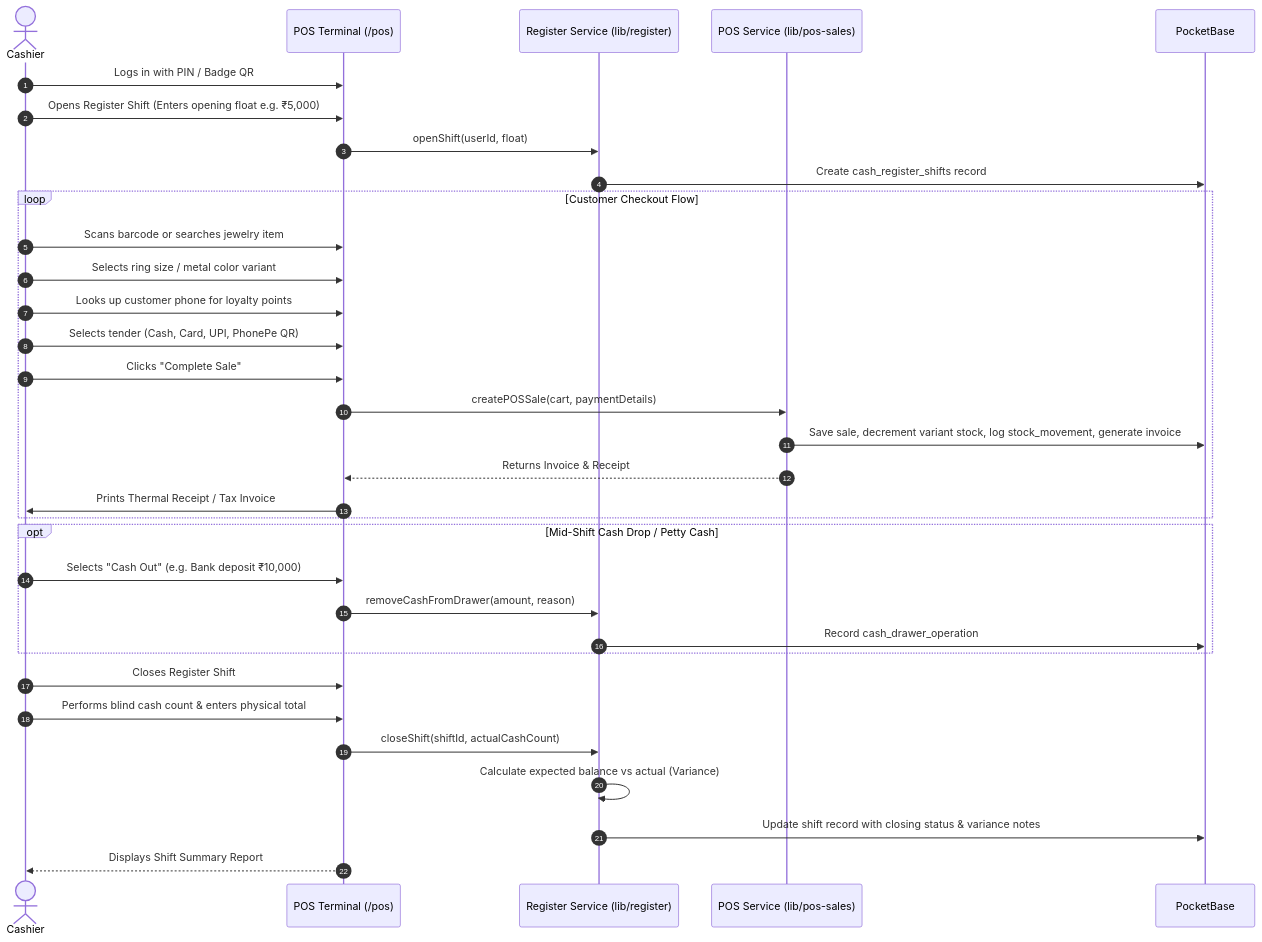
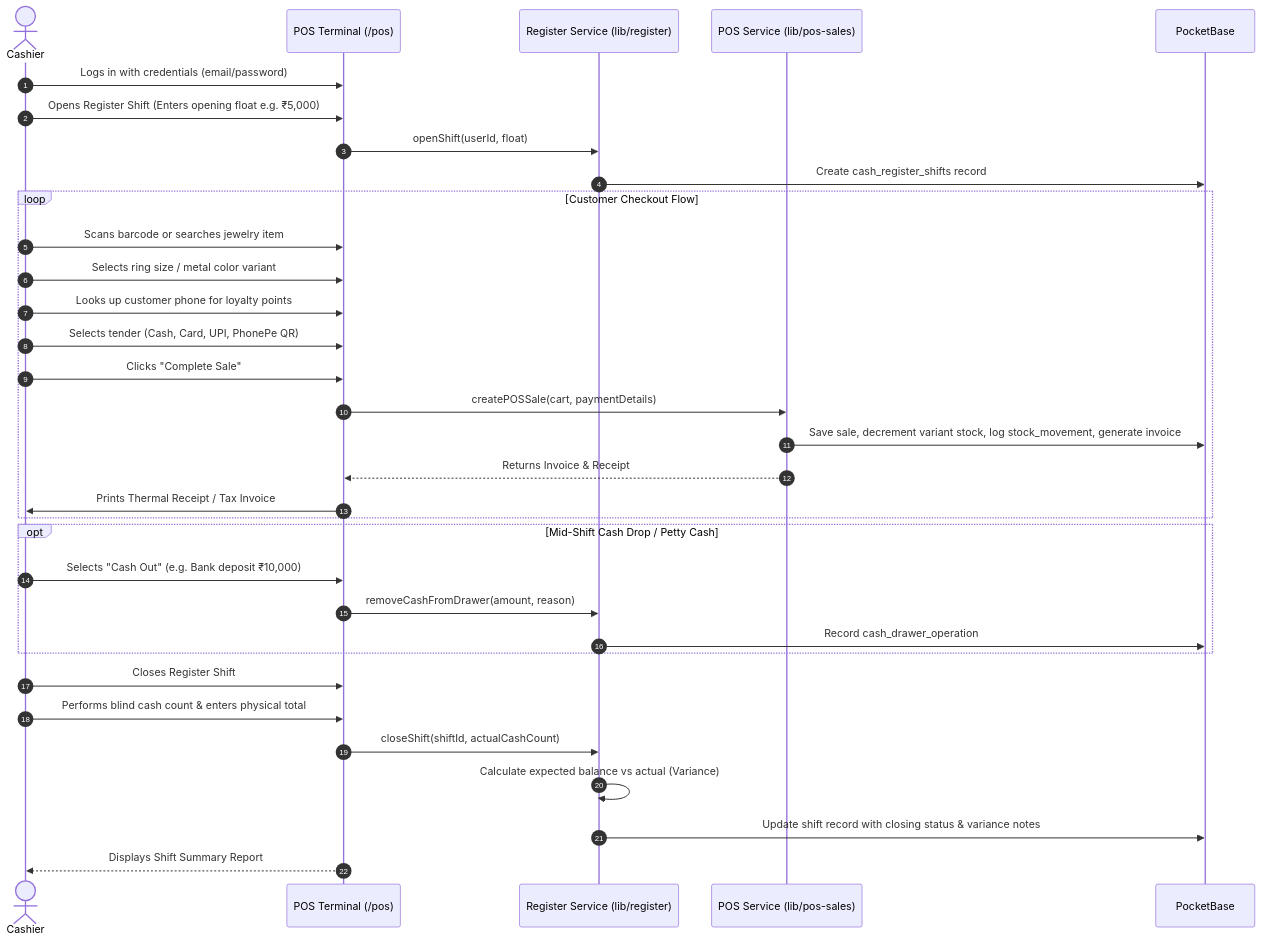
One commit to sivanandz/luminila_ERP changed the second of 4 diagrams in docs/APP_WORKING.md. Above: the diagram before and after it, drawn with Mermaid. The commit also changed other lines of this file and 10 other files, not shown here.

````diff
--- a/docs/APP_WORKING.md
+++ b/docs/APP_WORKING.md
@@ -72,39 +76,39 @@
 ```mermaid
 sequenceDiagram
     autonumber
     actor Cashier
     participant UI as POS Terminal (/pos)
     participant Reg as Register Service (lib/register)
     participant POS as POS Service (lib/pos-sales)
     participant DB as PocketBase
 
-    Cashier->>UI: Logs in with PIN / Badge QR
+    Cashier->>UI: Logs in with credentials (email/password)
     Cashier->>UI: Opens Register Shift (Enters opening float e.g. ₹5,000)
     UI->>Reg: openShift(userId, float)
     Reg->>DB: Create cash_register_shifts record
 
     loop Customer Checkout Flow
         Cashier->>UI: Scans barcode or searches jewelry item
         Cashier->>UI: Selects ring size / metal color variant
         Cashier->>UI: Looks up customer phone for loyalty points
         Cashier->>UI: Selects tender (Cash, Card, UPI, PhonePe QR)
         Cashier->>UI: Clicks "Complete Sale"
         UI->>POS: createPOSSale(cart, paymentDetails)
         POS->>DB: Save sale, decrement variant stock, log stock_movement, generate invoice
         POS-->>UI: Returns Invoice & Receipt
         UI->>Cashier: Prints Thermal Receipt / Tax Invoice
     end
 
     opt Mid-Shift Cash Drop / Petty Cash
         Cashier->>UI: Selects "Cash Out" (e.g. Bank deposit ₹10,000)
         UI->>Reg: removeCashFromDrawer(amount, reason)
         Reg->>DB: Record cash_drawer_operation
     end
 
     Cashier->>UI: Closes Register Shift
     Cashier->>UI: Performs blind cash count & enters physical total
     UI->>Reg: closeShift(shiftId, actualCashCount)
     Reg->>Reg: Calculate expected balance vs actual (Variance)
     Reg->>DB: Update shift record with closing status & variance notes
     UI-->>Cashier: Displays Shift Summary Report
 ```
````
